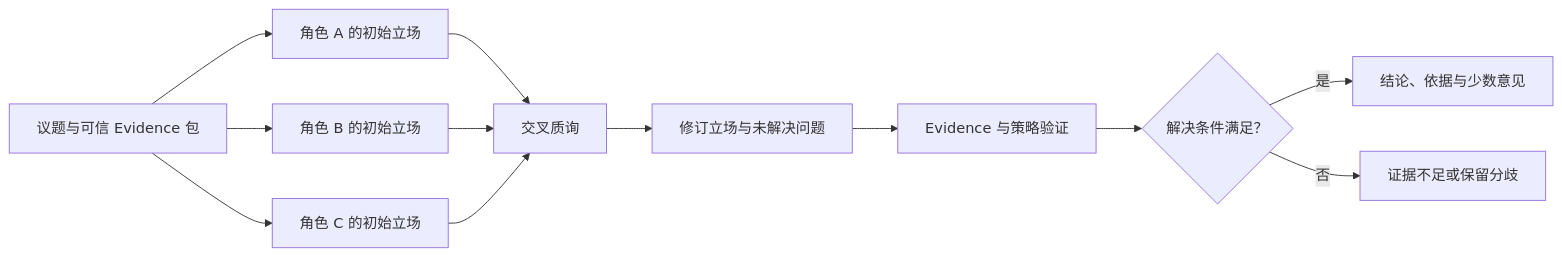
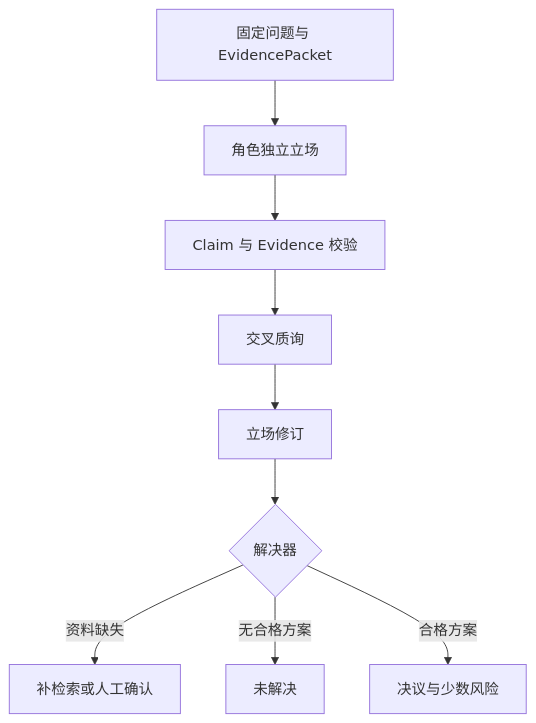
Before and after one commit to upJiang/jiang-blog-vitepress: the diagram in docs/ai-agent/debate-pattern.md, drawn with Mermaid. The commit also changed other lines of this file and 365 other files, not shown here.

````diff
--- a/docs/ai-agent/debate-pattern.md
+++ b/docs/ai-agent/debate-pattern.md
@@ -58,14 +155,11 @@
 ```mermaid
-flowchart LR
-    Q[议题与可信 Evidence 包] --> P1[角色 A 的初始立场]
-    Q --> P2[角色 B 的初始立场]
-    Q --> P3[角色 C 的初始立场]
-    P1 --> X[交叉质询]
-    P2 --> X
-    P3 --> X
-    X --> R1[修订立场与未解决问题]
-    R1 --> V[Evidence 与策略验证]
-    V --> D{解决条件满足？}
-    D -- 是 --> O[结论、依据与少数意见]
-    D -- 否 --> U[证据不足或保留分歧]
+flowchart TD
+    A[固定问题与 EvidencePacket] --> B[角色独立立场]
+    B --> C[Claim 与 Evidence 校验]
+    C --> D[交叉质询]
+    D --> E[立场修订]
+    E --> F{解决器}
+    F -->|资料缺失| G[补检索或人工确认]
+    F -->|无合格方案| H[未解决]
+    F -->|合格方案| I[决议与少数风险]
 ```
````
